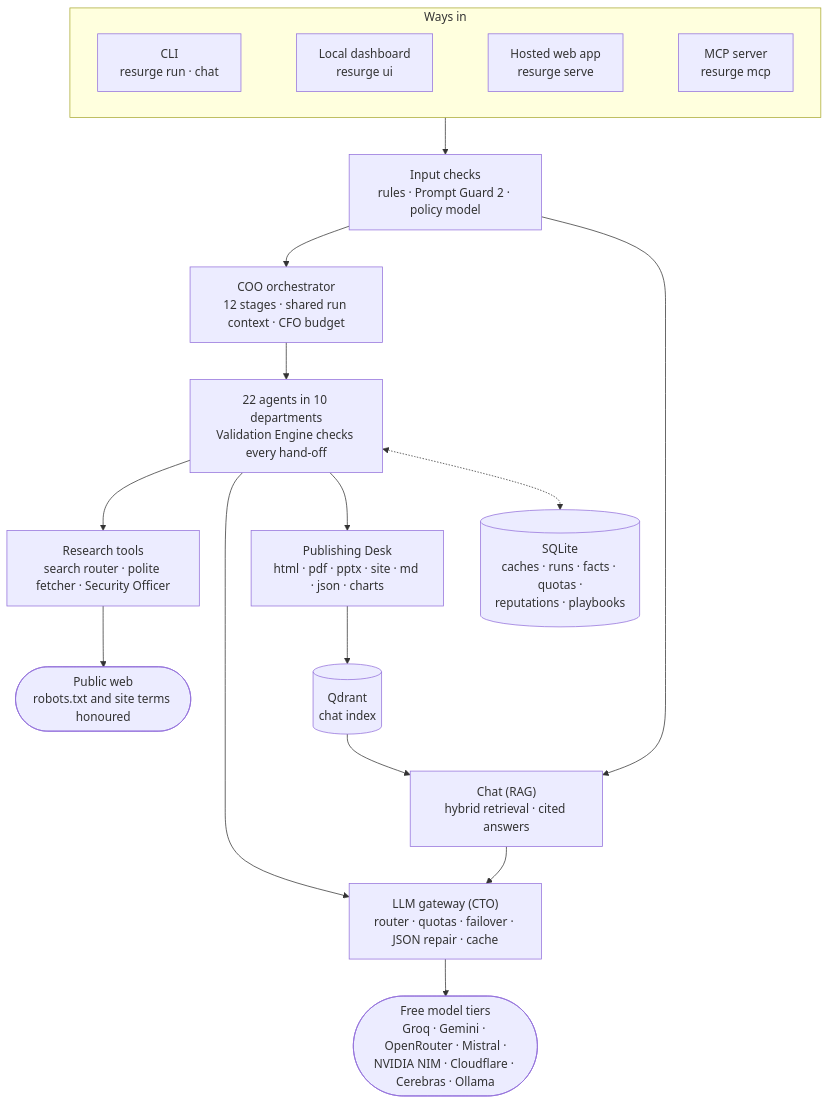
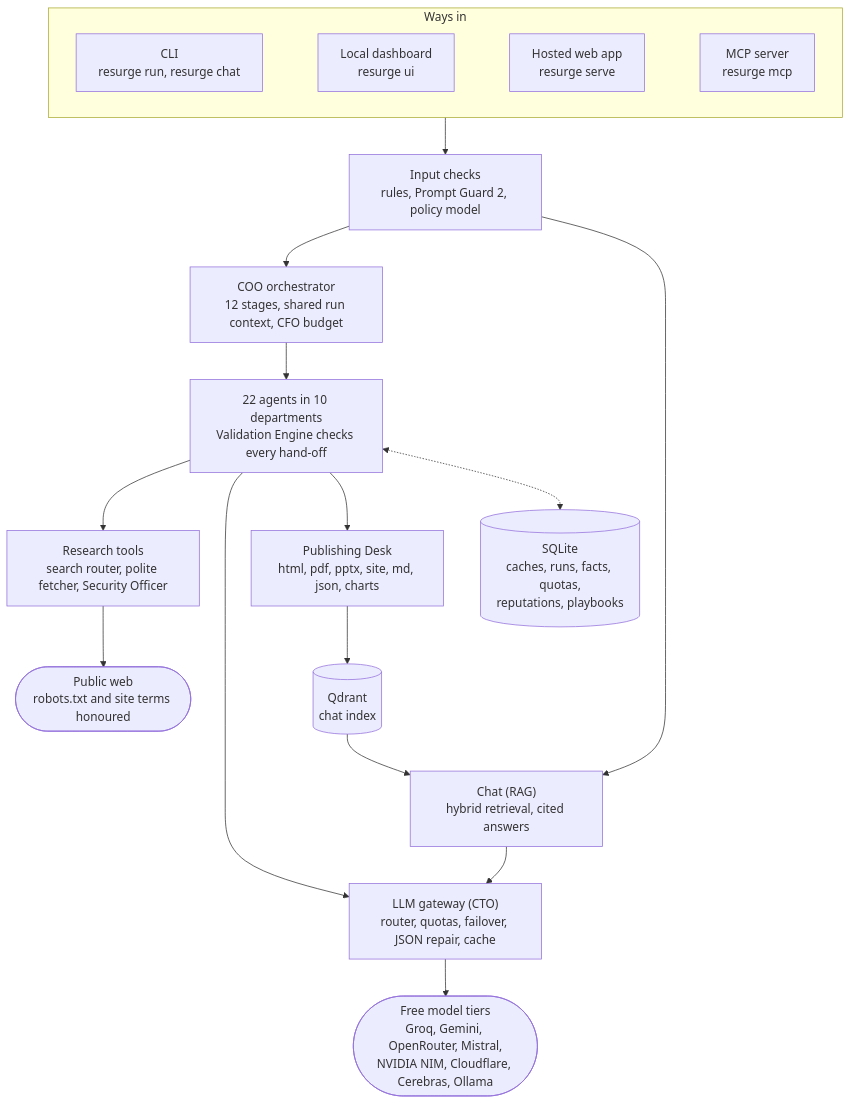
One commit to LakshayJ17/resurge changed the first of 9 diagrams in docs/HOW_IT_WORKS.md. Above: the diagram before and after it, drawn with Mermaid. The commit also changed other lines of this file and 65 other files, not shown here.

````diff
--- a/docs/HOW_IT_WORKS.md
+++ b/docs/HOW_IT_WORKS.md
@@ -19,24 +19,24 @@
 ```mermaid
 flowchart TB
   subgraph IN["Ways in"]
     direction LR
-    CLI["CLI<br/>resurge run · chat"] ~~~ DASH["Local dashboard<br/>resurge ui"] ~~~ WEB["Hosted web app<br/>resurge serve"] ~~~ MCPS["MCP server<br/>resurge mcp"]
+    CLI["CLI<br/>resurge run, resurge chat"] ~~~ DASH["Local dashboard<br/>resurge ui"] ~~~ WEB["Hosted web app<br/>resurge serve"] ~~~ MCPS["MCP server<br/>resurge mcp"]
   end
 
-  IN --> CHECK["Input checks<br/>rules · Prompt Guard 2 · policy model"]
-  CHECK --> COO["COO orchestrator<br/>12 stages · shared run context · CFO budget"]
-  CHECK --> CHAT["Chat (RAG)<br/>hybrid retrieval · cited answers"]
+  IN --> CHECK["Input checks<br/>rules, Prompt Guard 2, policy model"]
+  CHECK --> COO["COO orchestrator<br/>12 stages, shared run context, CFO budget"]
+  CHECK --> CHAT["Chat (RAG)<br/>hybrid retrieval, cited answers"]
   COO --> AGENTS["22 agents in 10 departments<br/>Validation Engine checks every hand-off"]
 
-  AGENTS --> TOOLS["Research tools<br/>search router · polite fetcher · Security Officer"]
-  AGENTS --> GW["LLM gateway (CTO)<br/>router · quotas · failover · JSON repair · cache"]
-  AGENTS --> PUB["Publishing Desk<br/>html · pdf · pptx · site · md · json · charts"]
+  AGENTS --> TOOLS["Research tools<br/>search router, polite fetcher, Security Officer"]
+  AGENTS --> GW["LLM gateway (CTO)<br/>router, quotas, failover, JSON repair, cache"]
+  AGENTS --> PUB["Publishing Desk<br/>html, pdf, pptx, site, md, json, charts"]
   CHAT --> GW
 
   TOOLS --> NET(["Public web<br/>robots.txt and site terms honoured"])
-  GW --> PROV(["Free model tiers<br/>Groq · Gemini · OpenRouter · Mistral ·<br/>NVIDIA NIM · Cloudflare · Cerebras · Ollama"])
+  GW --> PROV(["Free model tiers<br/>Groq, Gemini, OpenRouter, Mistral,<br/>NVIDIA NIM, Cloudflare, Cerebras, Ollama"])
   PUB --> QD[("Qdrant<br/>chat index")]
   QD --> CHAT
 
-  AGENTS <-.-> DB[("SQLite<br/>caches · runs · facts · quotas ·<br/>reputations · playbooks")]
+  AGENTS <-.-> DB[("SQLite<br/>caches, runs, facts, quotas,<br/>reputations, playbooks")]
 ```
````
